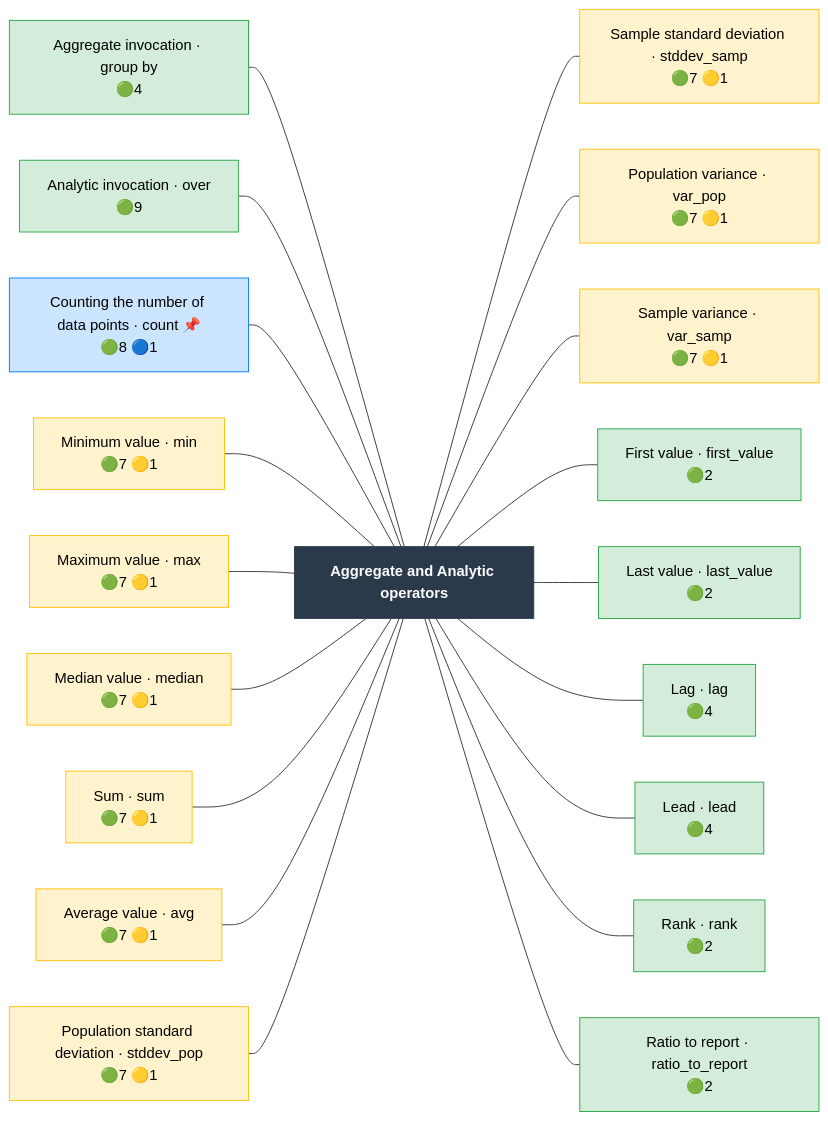
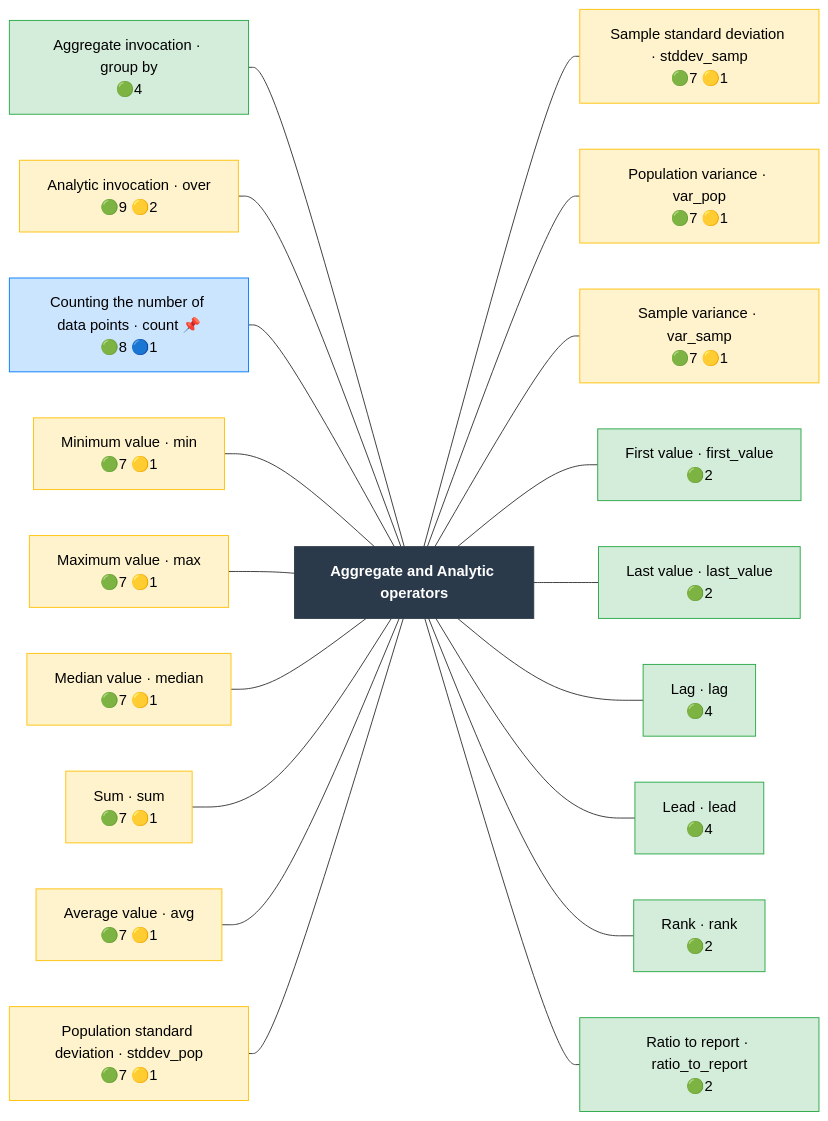
The diagram in docs/operator_map/aggregate/index.rst (Meaningful-Data/vtlengine), drawn with Mermaid before and after one commit. The commit also changed other lines of this file and 120 other files, not shown here.

```diff
--- a/docs/operator_map/aggregate/index.rst
+++ b/docs/operator_map/aggregate/index.rst
@@ -24,66 +24,66 @@
 .. mermaid::
    :config: {"flowchart": {"useMaxWidth": false}}
 
    flowchart LR
        classDef ok fill:#d4edda,stroke:#28a745,color:#000
        classDef partial fill:#fff3cd,stroke:#ffc107,color:#000
        classDef refused fill:#d4edda,stroke:#28a745,stroke-width:3px,stroke-dasharray: 2 2,color:#000
        classDef missing fill:#f8d7da,stroke:#dc3545,color:#000
        classDef diverge fill:#cce5ff,stroke:#007bff,color:#000
        classDef block fill:#2b3a4a,stroke:#2b3a4a,color:#fff,font-weight:bold
        classDef ext fill:#fff,stroke:#666,color:#000,stroke-dasharray: 5 5
        B["Aggregate and Analytic operators"]:::block
        aggregate__aggregate_invocation["Aggregate invocation · group by<br/>🟢4"]:::ok
-       aggregate__analytic_invocation["Analytic invocation · over<br/>🟢9"]:::ok
+       aggregate__analytic_invocation["Analytic invocation · over<br/>🟢9 🟡2"]:::partial
        aggregate__count["Counting the number of data points · count 📌<br/>🟢8 🔵1"]:::diverge
        aggregate__min["Minimum value · min<br/>🟢7 🟡1"]:::partial
        aggregate__max["Maximum value · max<br/>🟢7 🟡1"]:::partial
        aggregate__median["Median value · median<br/>🟢7 🟡1"]:::partial
        aggregate__sum["Sum · sum<br/>🟢7 🟡1"]:::partial
        aggregate__avg["Average value · avg<br/>🟢7 🟡1"]:::partial
        aggregate__stddev_pop["Population standard deviation · stddev_pop<br/>🟢7 🟡1"]:::partial
        aggregate__stddev_samp["Sample standard deviation · stddev_samp<br/>🟢7 🟡1"]:::partial
        aggregate__var_pop["Population variance · var_pop<br/>🟢7 🟡1"]:::partial
        aggregate__var_samp["Sample variance · var_samp<br/>🟢7 🟡1"]:::partial
        aggregate__first_value["First value · first_value<br/>🟢2"]:::ok
        aggregate__last_value["Last value · last_value<br/>🟢2"]:::ok
        aggregate__lag["Lag · lag<br/>🟢4"]:::ok
        aggregate__lead["Lead · lead<br/>🟢4"]:::ok
        aggregate__rank["Rank · rank<br/>🟢2"]:::ok
        aggregate__ratio_to_report["Ratio to report · ratio_to_report<br/>🟢2"]:::ok
        aggregate__aggregate_invocation --- B
        aggregate__analytic_invocation --- B
        aggregate__count --- B
        aggregate__min --- B
        aggregate__max --- B
        aggregate__median --- B
        aggregate__sum --- B
        aggregate__avg --- B
        aggregate__stddev_pop --- B
        B --- aggregate__stddev_samp
        B --- aggregate__var_pop
        B --- aggregate__var_samp
        B --- aggregate__first_value
        B --- aggregate__last_value
        B --- aggregate__lag
        B --- aggregate__lead
        B --- aggregate__rank
        B --- aggregate__ratio_to_report
        click aggregate__aggregate_invocation href "aggregate_invocation.html"
        click aggregate__analytic_invocation href "analytic_invocation.html"
        click aggregate__count href "count.html"
        click aggregate__min href "min.html"
        click aggregate__max href "max.html"
        click aggregate__median href "median.html"
        click aggregate__sum href "sum.html"
        click aggregate__avg href "avg.html"
        click aggregate__stddev_pop href "stddev_pop.html"
        click aggregate__stddev_samp href "stddev_samp.html"
        click aggregate__var_pop href "var_pop.html"
        click aggregate__var_samp href "var_samp.html"
        click aggregate__first_value href "first_value.html"
        click aggregate__last_value href "last_value.html"
        click aggregate__lag href "lag.html"
        click aggregate__lead href "lead.html"
        click aggregate__rank href "rank.html"
        click aggregate__ratio_to_report href "ratio_to_report.html"
```
